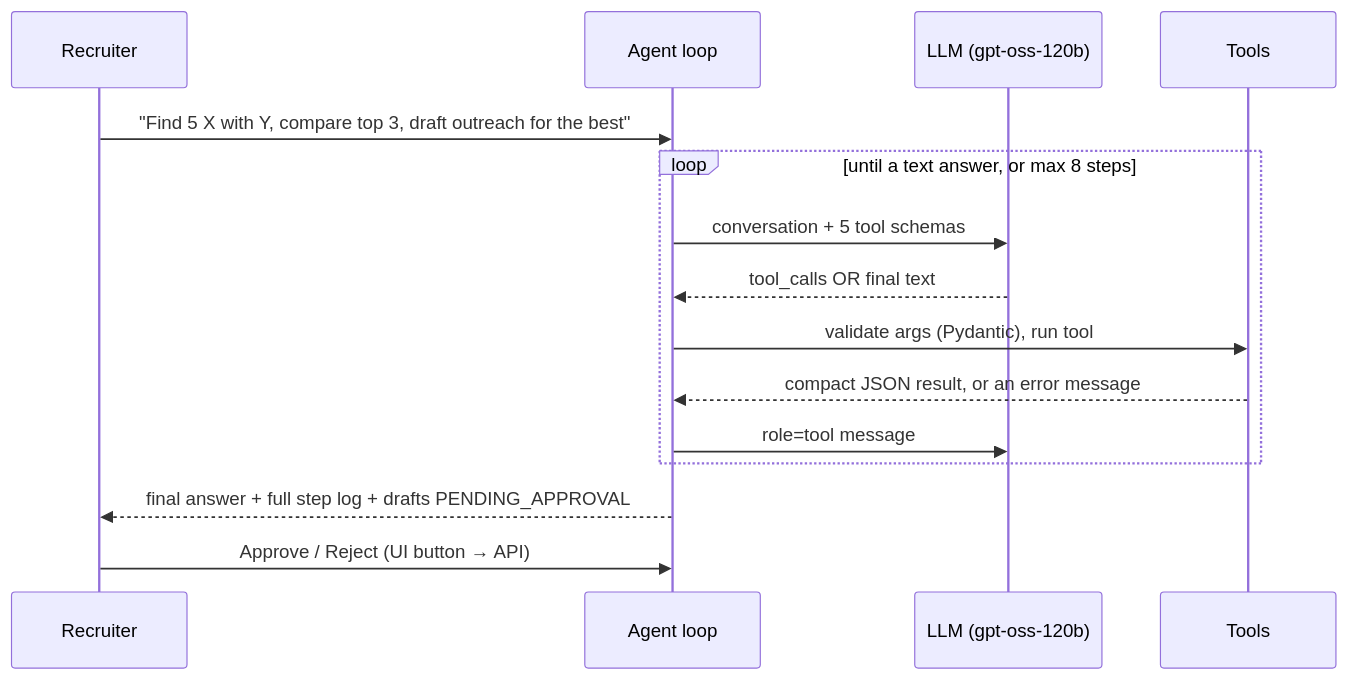
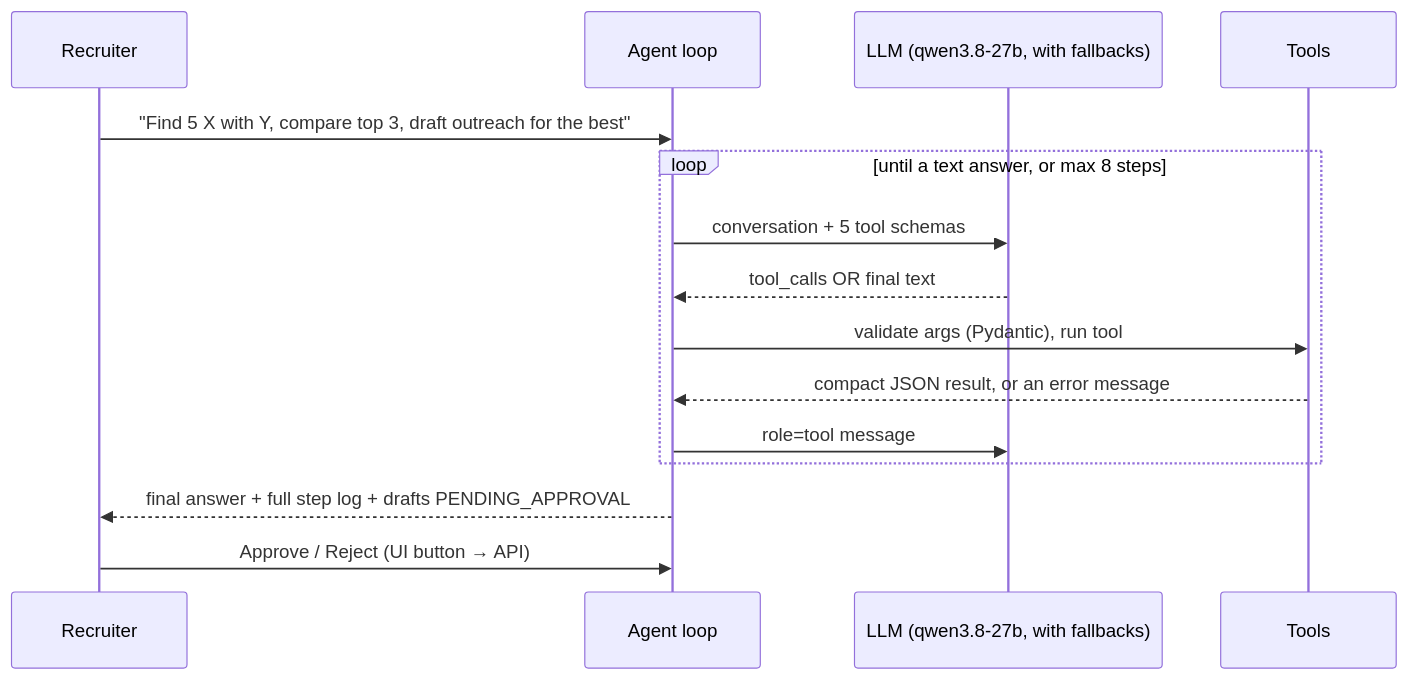
One commit to AyushPatel-2914/TalentLens changed the second of 2 diagrams in README.md. Above: the diagram before and after it, drawn with Mermaid. The commit also changed other lines of this file and 1 other file, not shown here.

````diff
--- a/README.md
+++ b/README.md
@@ -244,17 +282,17 @@
 ```mermaid
 sequenceDiagram
     participant R as Recruiter
     participant A as Agent loop
-    participant L as LLM (gpt-oss-120b)
+    participant L as LLM (qwen3.8-27b, with fallbacks)
     participant T as Tools
     R->>A: "Find 5 X with Y, compare top 3, draft outreach for the best"
     loop until a text answer, or max 8 steps
         A->>L: conversation + 5 tool schemas
         L-->>A: tool_calls OR final text
         A->>T: validate args (Pydantic), run tool
         T-->>A: compact JSON result, or an error message
         A->>L: role=tool message
     end
     A-->>R: final answer + full step log + drafts PENDING_APPROVAL
     R->>A: Approve / Reject (UI button → API)
 ```
````
